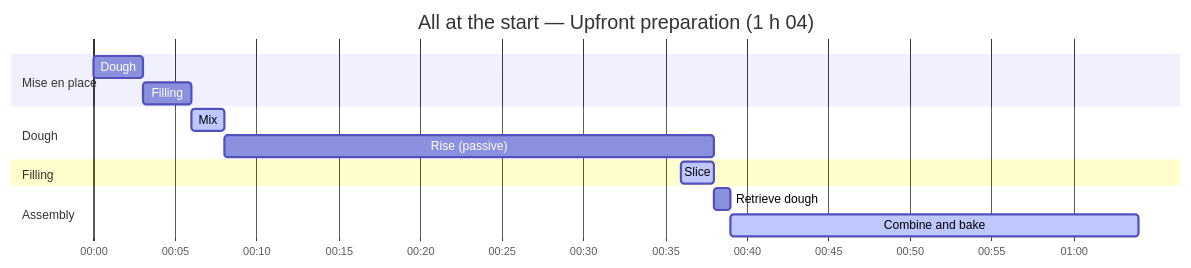
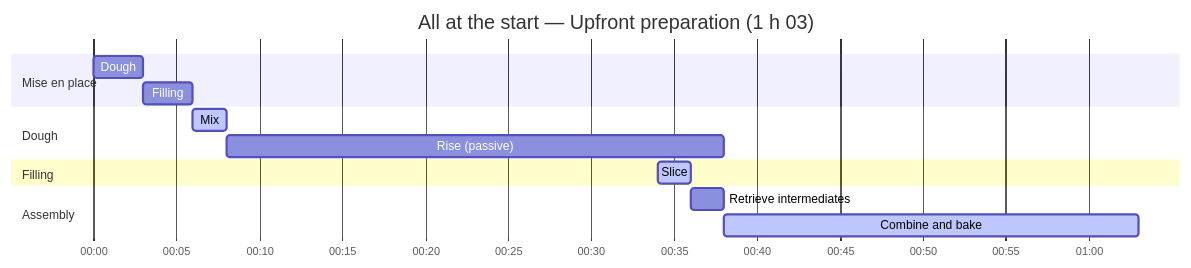
The second of 2 diagrams in packages/docs/src/content/docs/docs/explanation/mise-en-place-and-planning.mdx (gram-lang/gram), drawn with Mermaid before and after one commit. The commit also changed other lines of this file and 439 other files, not shown here.

First line of the commit message:
feat: replace the Gantt chart with the work plan (#88)

````diff
--- a/packages/docs/src/content/docs/docs/explanation/mise-en-place-and-planning.mdx
+++ b/packages/docs/src/content/docs/docs/explanation/mise-en-place-and-planning.mdx
@@ -81,18 +81,18 @@
 ```mermaid
 gantt
-    title All at the start — Upfront preparation (1 h 04)
+    title All at the start — Upfront preparation (1 h 03)
     dateFormat  HH:mm
     axisFormat %H:%M
     todayMarker off
     section Mise en place
     Dough                             : p1, 00:00, 3m
     Filling                           : p2, 00:03, 3m
     section Dough
     Mix                               : active, a1, 00:06, 2m
     Rise (passive)                    : r1, 00:08, 30m
     section Filling
-    Slice                             : active, a2, 00:36, 2m
+    Slice                             : active, a2, 00:34, 2m
     section Assembly
-    Retrieve dough                    : p3, 00:38, 1m
-    Combine and bake                  : active, a3, 00:39, 25m
+    Retrieve intermediates            : p3, 00:36, 2m
+    Combine and bake                  : active, a3, 00:38, 25m
 ```
````
